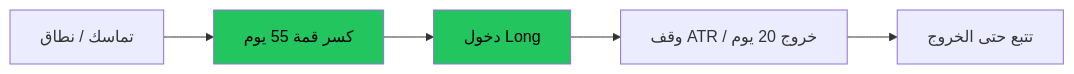
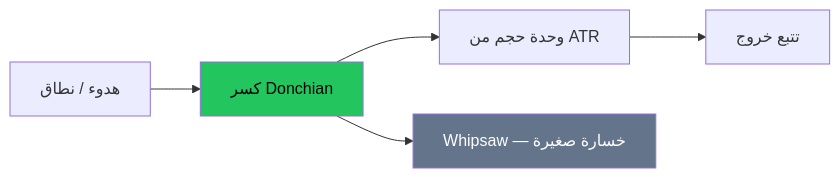
Before and after one commit to saudmoto6868-oss/ai-trading-dashboard: the diagram in docs/academy/visual/02-trend.md, drawn with Mermaid. The commit also changed other lines of this file and 11 other files, not shown here.

````diff
--- a/docs/academy/visual/02-trend.md
+++ b/docs/academy/visual/02-trend.md
@@ -13,9 +13,9 @@
 ```mermaid
 flowchart LR
-  A["تماسك / نطاق"] --> B["كسر قمة 55 يوم"]
-  B --> C["دخول Long"]
-  C --> D["وقف ATR / خروج 20 يوم"]
-  D --> E["تتبع حتى الخروج"]
+  A["هدوء / نطاق"] --> B["كسر Donchian"]
+  B --> C["وحدة حجم من ATR"]
+  C --> D["تتبع خروج"]
+  B --> X["Whipsaw — خسارة صغيرة"]
   style B fill:#22c55e,color:#000
-  style C fill:#22c55e,color:#000
+  style X fill:#64748b,color:#fff
 ```
````
